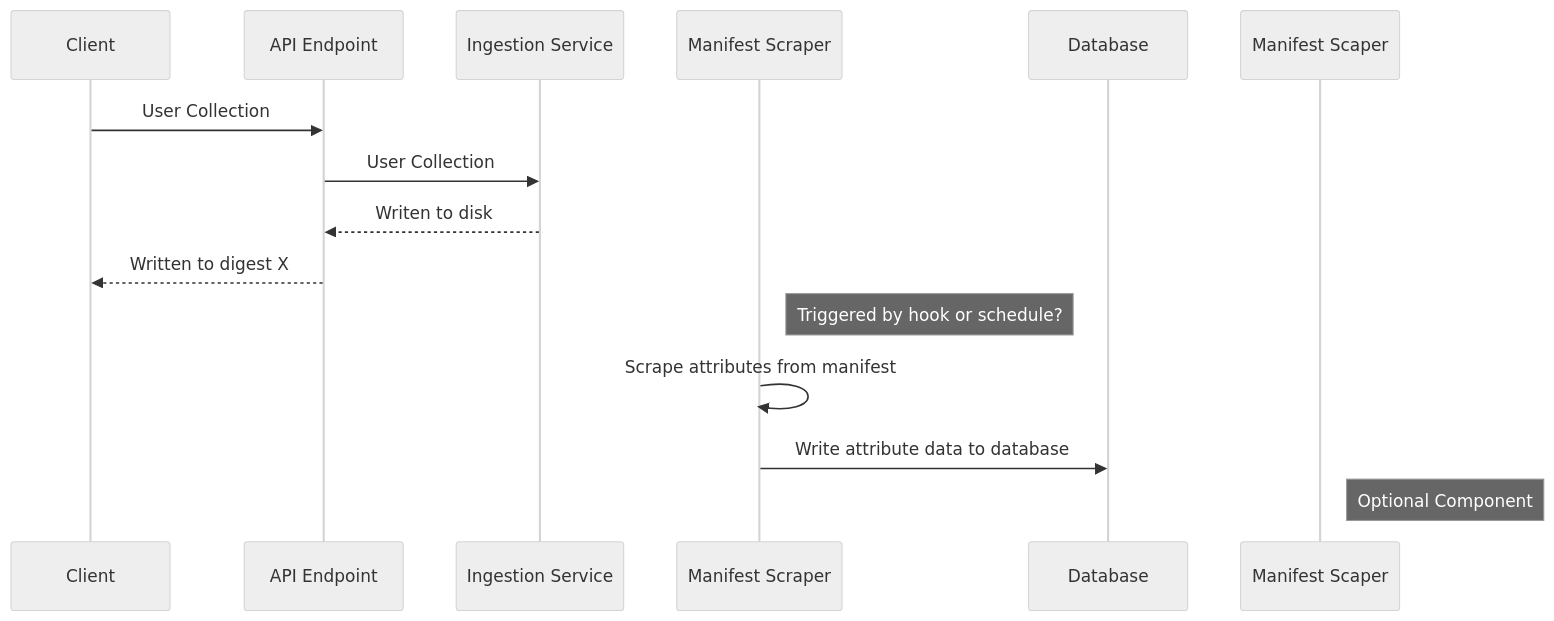
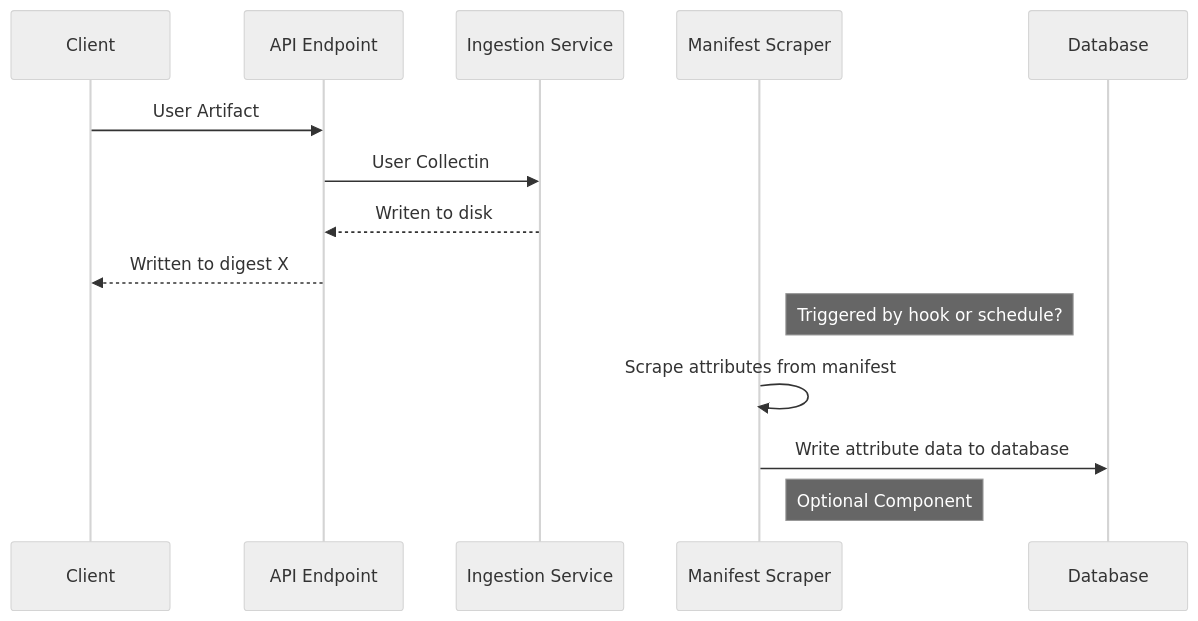
Before and after one commit to emporous/community: the eighth of 9 diagrams in docs/design.md, drawn with Mermaid (neutral theme). The commit also changed other lines of this file, not shown here.

````diff
--- a/docs/design.md
+++ b/docs/design.md
@@ -467,16 +384,16 @@
 ```mermaid
 sequenceDiagram;
 participant Client
 participant API Endpoint
 participant Ingestion Service
 participant Manifest Scraper
 participant Database
-Client->>API Endpoint: User Collection
-API Endpoint->>Ingestion Service: User Collection
+Client->>API Endpoint: User Artifact
+API Endpoint->>Ingestion Service: User Collectin
 Ingestion Service-->>API Endpoint: Writen to disk
 API Endpoint-->>Client: Written to digest X
 Note right of Manifest Scraper: Triggered by hook or schedule?
 Manifest Scraper->>Manifest Scraper: Scrape attributes from manifest
 Manifest Scraper->>Database: Write attribute data to database
-Note right of Manifest Scaper: Optional Component
+Note right of Manifest Scraper: Optional Component
 ```
````
